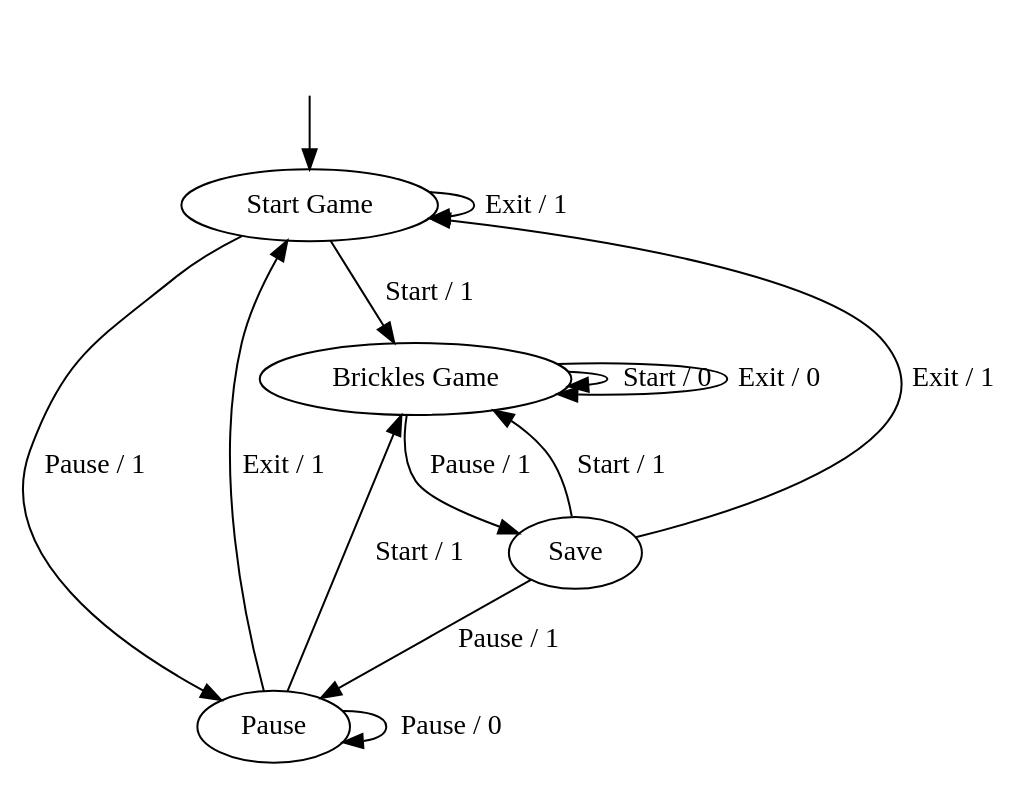
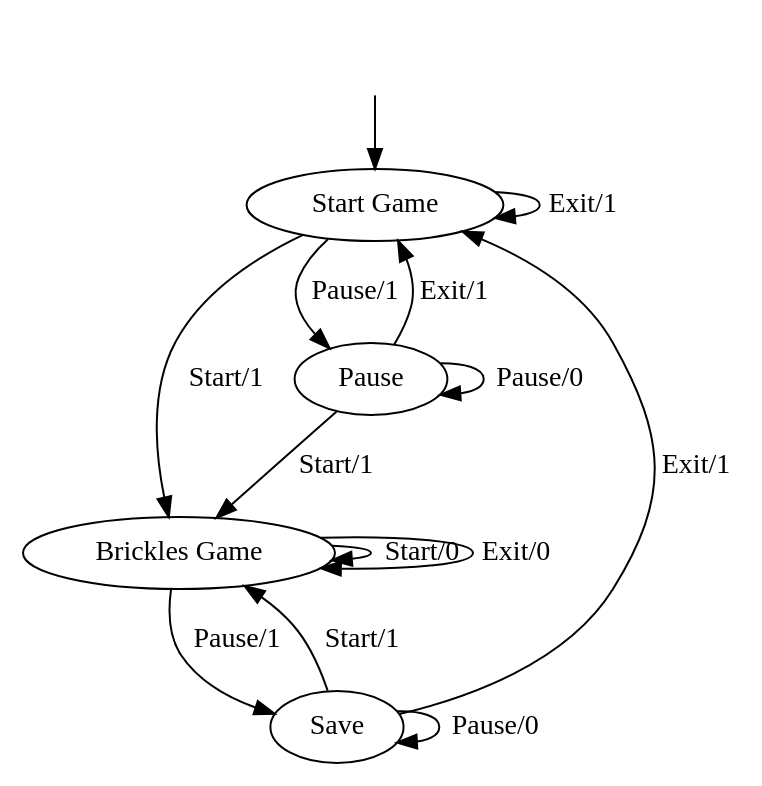
Before and after one commit to GianniM123/FFSM_fingerprint: the diagram in FFSM_diff/dot-files/brickles.dot, drawn with Graphviz. The commit also changed 13 other files, not shown here.

```diff
--- a/FFSM_diff/dot-files/brickles.dot
+++ b/FFSM_diff/dot-files/brickles.dot
@@ -1,23 +1,23 @@
 digraph{
     	graph [version="brickles"];
 
 __start0 [label="" shape="none"];
 __start0 -> "Start Game";
 "Start Game"
 "Brickles Game"
 "Pause"
 "Save"
 
-"Start Game" -> "Brickles Game" [label="Start / 1"]
-"Start Game" -> "Start Game" [label="Exit / 1"]
-"Start Game" -> "Pause" [label="Pause / 1"] 
-"Brickles Game" -> "Brickles Game" [label="Start / 0"] 
-"Brickles Game" -> "Brickles Game" [label="Exit / 0"]
-"Brickles Game" -> "Save" [label="Pause / 1"]
-"Pause"  -> "Brickles Game" [label="Start / 1"]
-"Pause"  -> "Start Game" [label="Exit / 1"]
-"Pause"  -> "Pause" [label="Pause / 0"]
-"Save" -> "Brickles Game" [label="Start / 1"]
-"Save" -> "Start Game" [label="Exit / 1"]
-"Save" -> "Pause" [label="Pause / 1"]
+"Start Game" -> "Brickles Game" [label="Start/1"]
+"Start Game" -> "Start Game" [label="Exit/1"]
+"Start Game" -> "Pause" [label="Pause/1"] 
+"Brickles Game" -> "Brickles Game" [label="Start/0"] 
+"Brickles Game" -> "Brickles Game" [label="Exit/0"]
+"Brickles Game" -> "Save" [label="Pause/1"]
+"Pause"  -> "Brickles Game" [label="Start/1"]
+"Pause"  -> "Start Game" [label="Exit/1"]
+"Pause"  -> "Pause" [label="Pause/0"]
+"Save" -> "Brickles Game" [label="Start/1"]
+"Save" -> "Start Game" [label="Exit/1"]
+"Save" -> "Save" [label="Pause/0"]
 }
```
